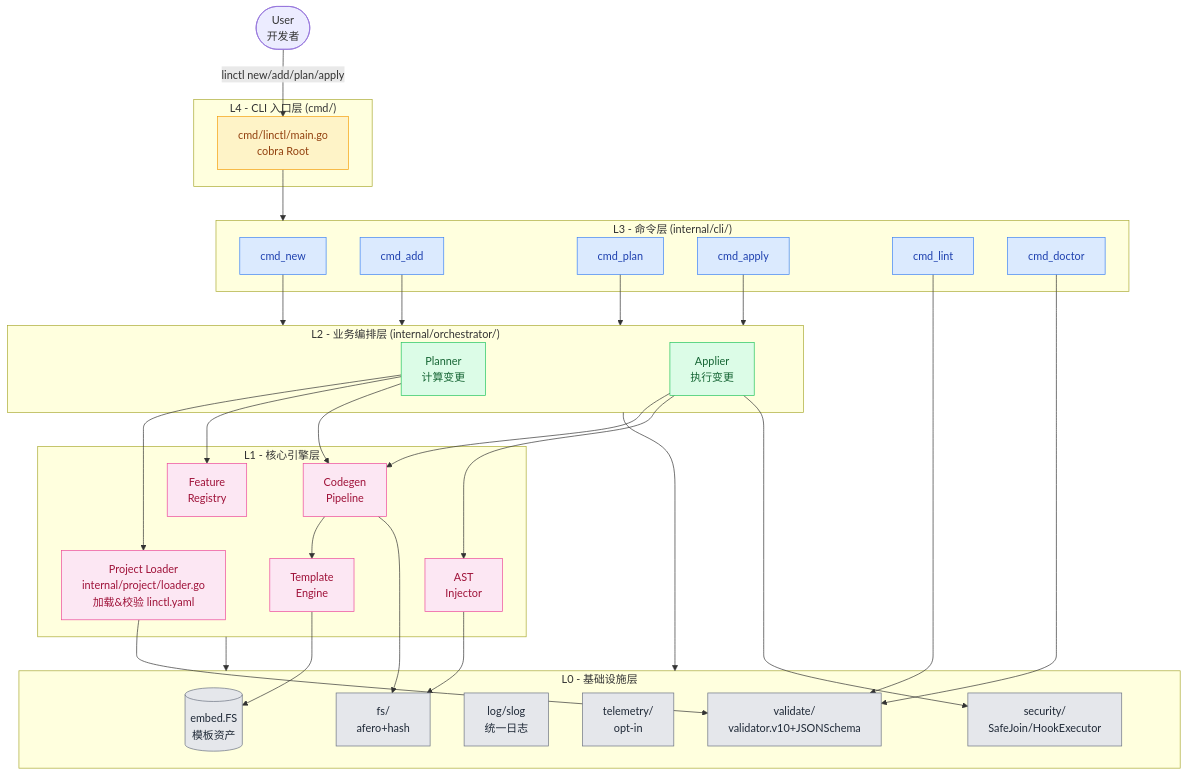
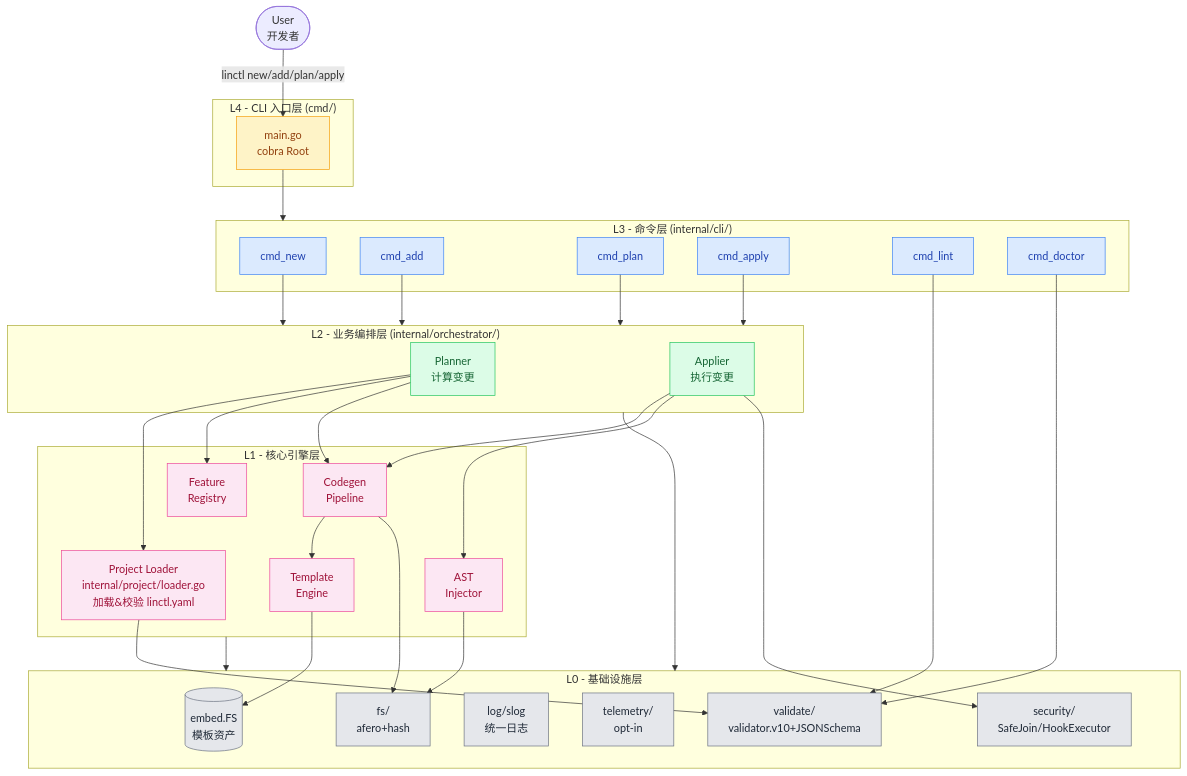
One commit to clin211/linctl changed the diagram in docs/diagrams/architecture-overall.mmd. Above: the diagram before and after it, drawn with Mermaid. The commit also changed 58 other files, not shown here.

```diff
--- a/docs/diagrams/architecture-overall.mmd
+++ b/docs/diagrams/architecture-overall.mmd
@@ -1,72 +1,72 @@
 %% Stage: Target
 %% Last reviewed: 2026-04-25
 %%{init: {'theme':'default'}}%%
 flowchart TD
     User([User<br/>开发者]) -->|linctl new/add/plan/apply| CLI
 
     subgraph L4["L4 - CLI 入口层 (cmd/)"]
-        CLI[cmd/linctl/main.go<br/>cobra Root]
+        CLI[main.go<br/>cobra Root]
     end
 
     subgraph L3["L3 - 命令层 (internal/cli/)"]
         NewCmd[cmd_new]
         AddCmd[cmd_add]
         PlanCmd[cmd_plan]
         ApplyCmd[cmd_apply]
         LintCmd[cmd_lint]
         DoctorCmd[cmd_doctor]
     end
 
     subgraph L2["L2 - 业务编排层 (internal/orchestrator/)"]
         Planner[Planner<br/>计算变更]
         Applier[Applier<br/>执行变更]
     end
 
     subgraph L1["L1 - 核心引擎层"]
         Loader[Project Loader<br/>internal/project/loader.go<br/>加载&校验 linctl.yaml]
         FeatReg[Feature<br/>Registry]
         TplEngine[Template<br/>Engine]
         Codegen[Codegen<br/>Pipeline]
         ASTInj[AST<br/>Injector]
     end
 
     subgraph L0["L0 - 基础设施层"]
         FS[fs/<br/>afero+hash]
         Validator[validate/<br/>validator.v10+JSONSchema]
         Logger[log/slog<br/>统一日志]
         Telemetry[telemetry/<br/>opt-in]
         Sec[security/<br/>SafeJoin/HookExecutor]
         TplFS[(embed.FS<br/>模板资产)]
     end
 
     CLI --> L3
     NewCmd & AddCmd & PlanCmd & ApplyCmd --> L2
     LintCmd & DoctorCmd --> Validator
 
     Planner --> Loader
     Loader --> Validator
     Planner --> FeatReg
     Planner --> Codegen
     Applier --> Codegen
     Applier --> ASTInj
     Applier --> Sec
 
     Codegen --> TplEngine
     Codegen --> FS
     TplEngine --> TplFS
     ASTInj --> FS
 
     L1 --> L0
     L2 --> L0
 
     classDef l4 fill:#fef3c7,stroke:#f59e0b,color:#92400e
     classDef l3 fill:#dbeafe,stroke:#3b82f6,color:#1e40af
     classDef l2 fill:#dcfce7,stroke:#22c55e,color:#166534
     classDef l1 fill:#fce7f3,stroke:#ec4899,color:#9f1239
     classDef l0 fill:#e5e7eb,stroke:#6b7280,color:#1f2937
 
     class CLI l4
     class NewCmd,AddCmd,PlanCmd,ApplyCmd,LintCmd,DoctorCmd l3
     class Planner,Applier l2
     class Loader,FeatReg,TplEngine,Codegen,ASTInj l1
     class FS,Validator,Logger,Telemetry,TplFS,Sec l0
```
